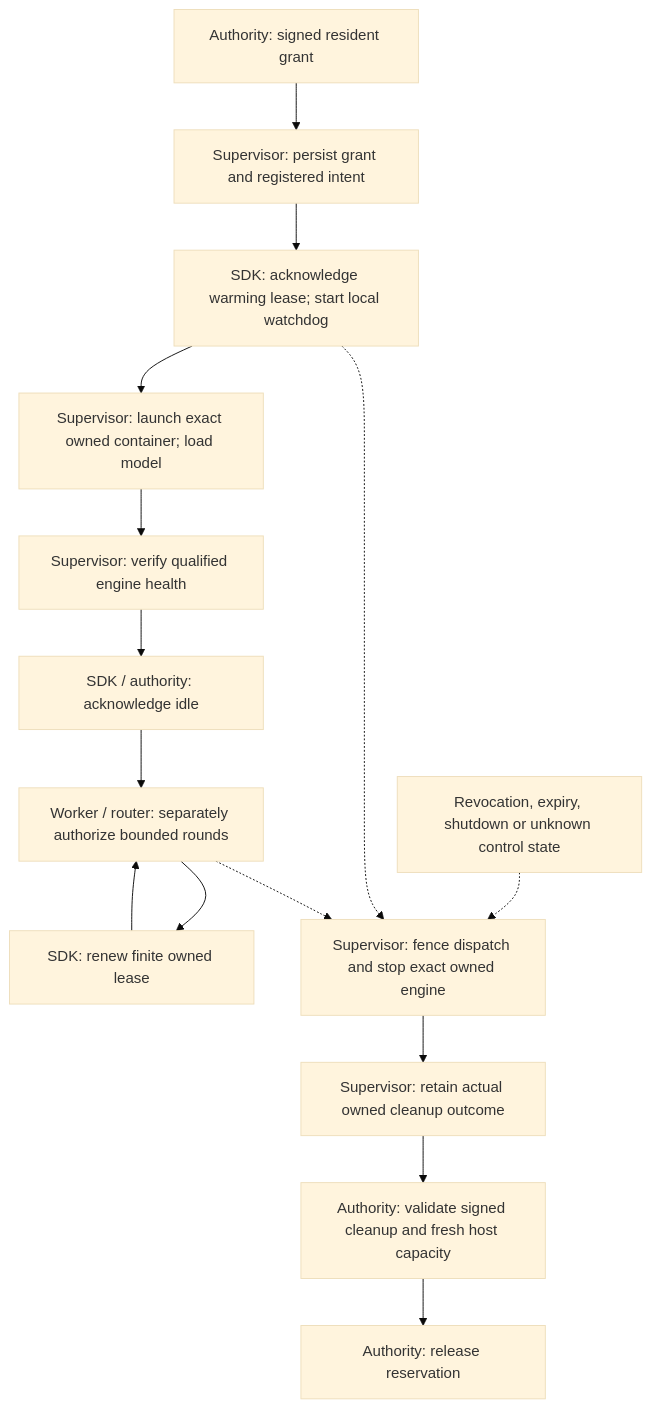
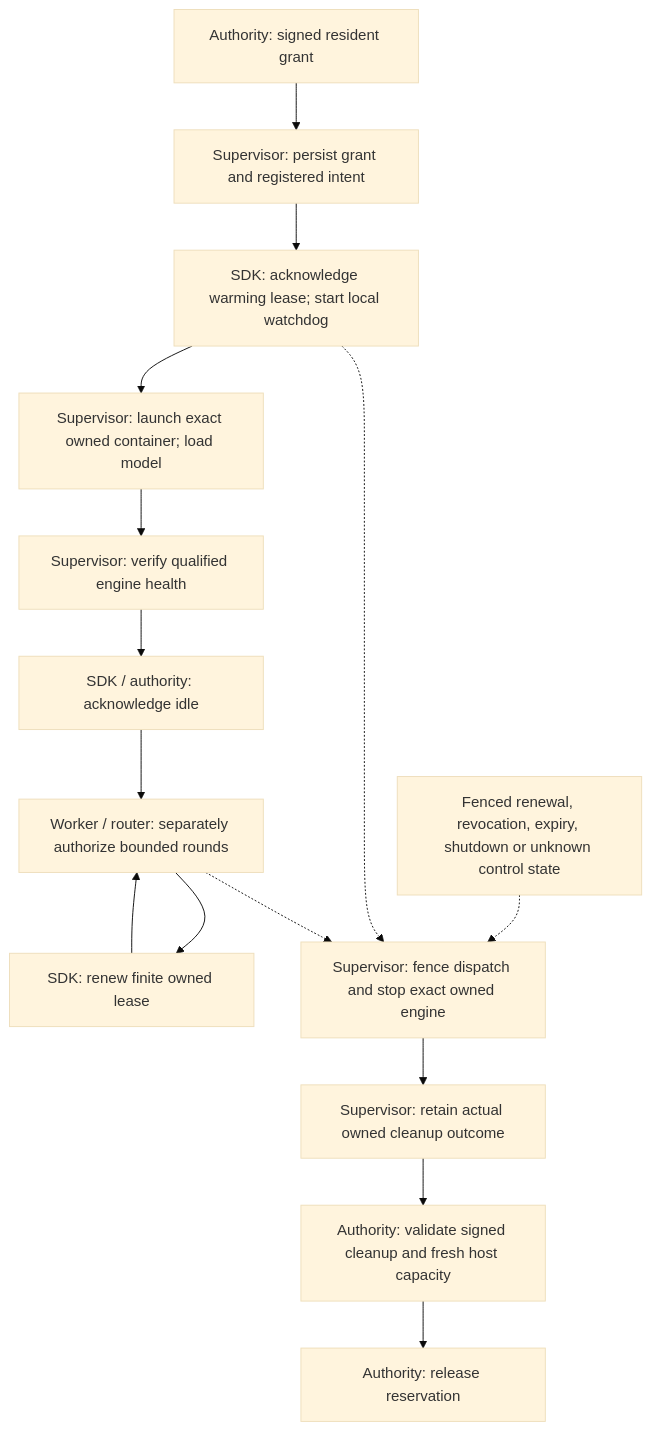
Before and after one commit to SyngularXR/task-worker-api: the diagram in docs/resident-services.md, drawn with Mermaid (base theme). The commit also changed other lines of this file and 3 other files, not shown here.

Commit message:
Fix resident service lease loss on fenced renewal (#168)

````diff
--- a/docs/resident-services.md
+++ b/docs/resident-services.md
@@ -19,17 +19,17 @@
 ```mermaid
 flowchart TD
     claim["Authority: signed resident grant"] --> register["Supervisor: persist grant and registered intent"]
     register --> lease["SDK: acknowledge warming lease; start local watchdog"]
     lease --> load["Supervisor: launch exact owned container; load model"]
     load --> health["Supervisor: verify qualified engine health"]
     health --> ready["SDK / authority: acknowledge idle"]
     ready --> serve["Worker / router: separately authorize bounded rounds"]
     serve --> renew["SDK: renew finite owned lease"]
     renew --> serve
-    revoke["Revocation, expiry, shutdown or unknown control state"] -.-> stop["Supervisor: fence dispatch and stop exact owned engine"]
+    revoke["Fenced renewal, revocation, expiry, shutdown or unknown control state"] -.-> stop["Supervisor: fence dispatch and stop exact owned engine"]
     lease -.-> stop
     serve -.-> stop
     stop --> proof["Supervisor: retain actual owned cleanup outcome"]
     proof --> release["Authority: validate signed cleanup and fresh host capacity"]
     release --> released["Authority: release reservation"]
 ```
````
